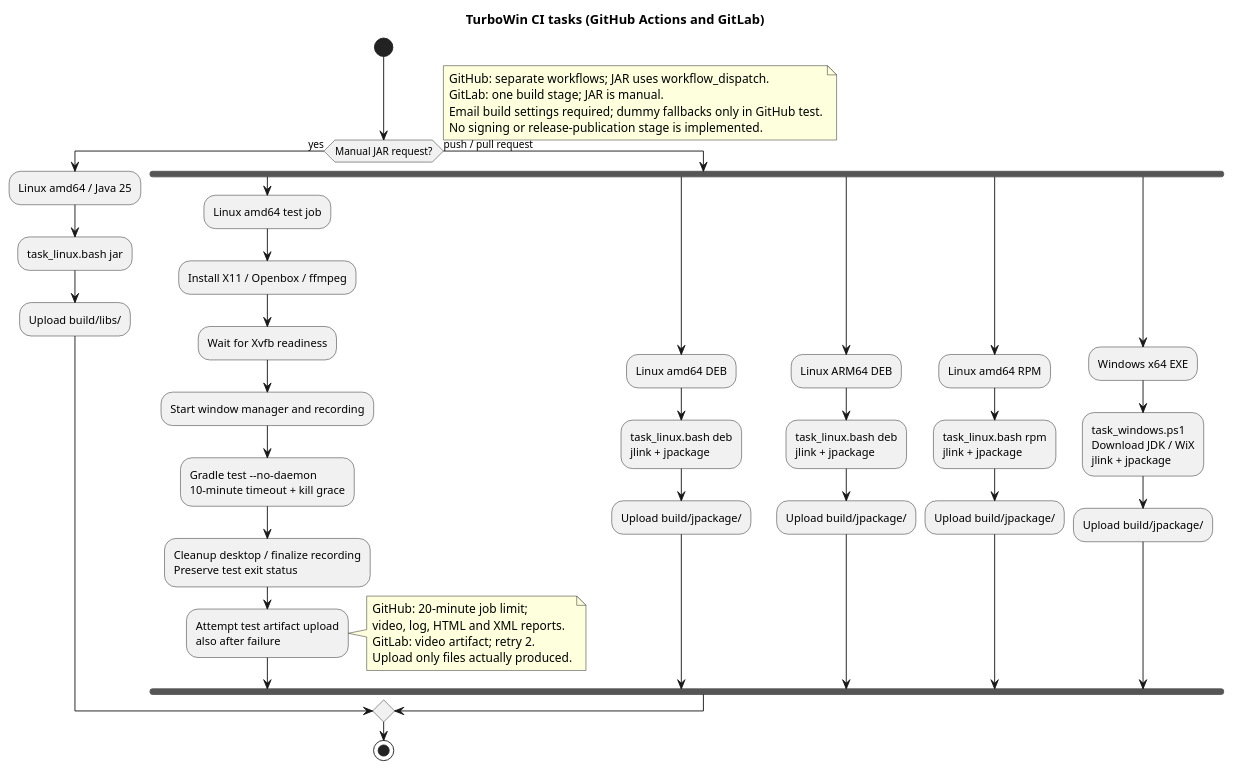
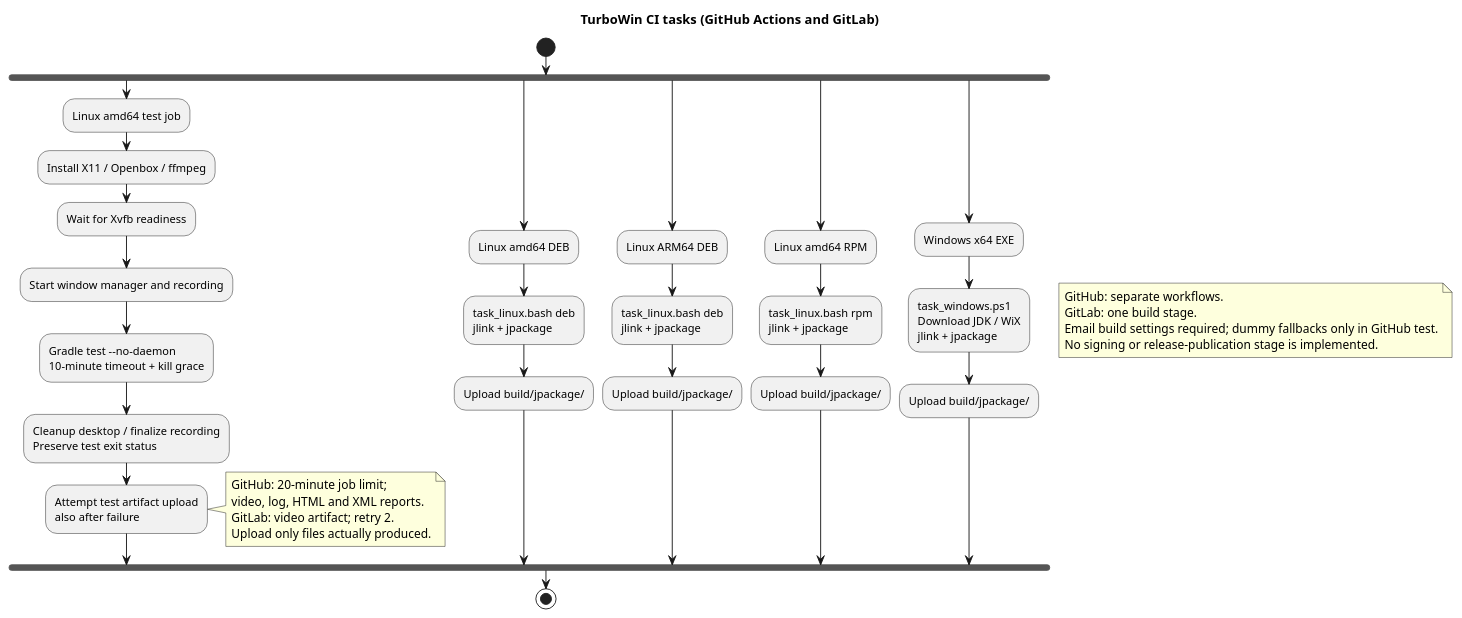
Before and after one commit to DeutscherWetterdienst/turbowin: the diagram in documentation/images/07_turbowin_pipeline.puml, drawn with PlantUML. The commit also changed 4 other files, not shown here.

```diff
--- a/documentation/images/07_turbowin_pipeline.puml
+++ b/documentation/images/07_turbowin_pipeline.puml
@@ -1,48 +1,42 @@
 @startuml
 title TurboWin CI tasks (GitHub Actions and GitLab)
 start
-if (Manual JAR request?) then (yes)
-  :Linux amd64 / Java 25;
-  :task_linux.bash jar;
-  :Upload build/libs/;
-else (push / pull request)
   fork
     :Linux amd64 test job;
     :Install X11 / Openbox / ffmpeg;
     :Wait for Xvfb readiness;
     :Start window manager and recording;
     :Gradle test --no-daemon\n10-minute timeout + kill grace;
     :Cleanup desktop / finalize recording\nPreserve test exit status;
     :Attempt test artifact upload\nalso after failure;
     note right
       GitHub: 20-minute job limit;
       video, log, HTML and XML reports.
       GitLab: video artifact; retry 2.
       Upload only files actually produced.
     end note
   fork again
     :Linux amd64 DEB;
     :task_linux.bash deb\njlink + jpackage;
     :Upload build/jpackage/;
   fork again
     :Linux ARM64 DEB;
     :task_linux.bash deb\njlink + jpackage;
     :Upload build/jpackage/;
   fork again
     :Linux amd64 RPM;
     :task_linux.bash rpm\njlink + jpackage;
     :Upload build/jpackage/;
   fork again
     :Windows x64 EXE;
     :task_windows.ps1\nDownload JDK / WiX\njlink + jpackage;
     :Upload build/jpackage/;
   end fork
-endif
 note right
-  GitHub: separate workflows; JAR uses workflow_dispatch.
-  GitLab: one build stage; JAR is manual.
+  GitHub: separate workflows.
+  GitLab: one build stage.
   Email build settings required; dummy fallbacks only in GitHub test.
   No signing or release-publication stage is implemented.
 end note
 stop
 @enduml
```
